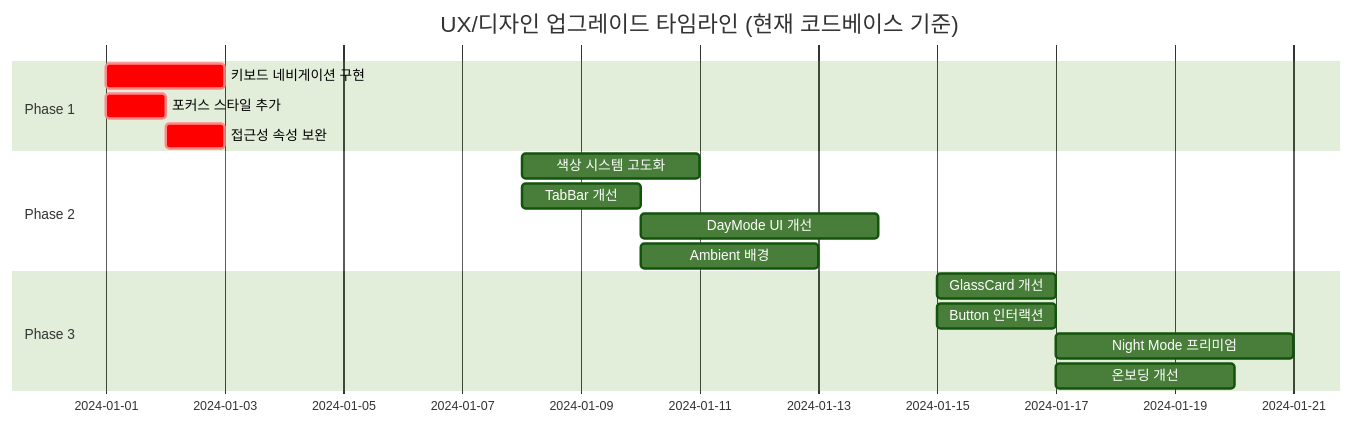
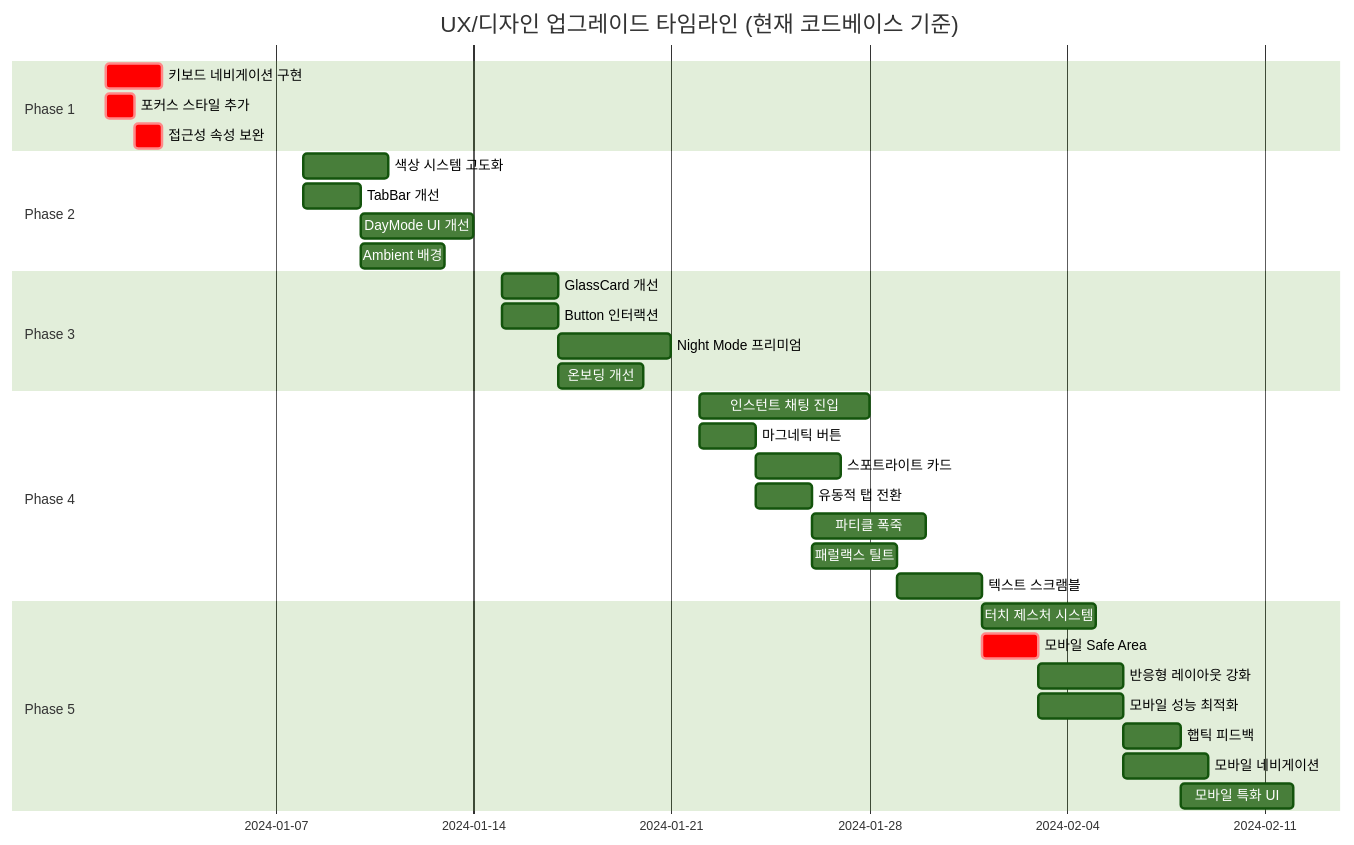
One commit to Siegfriex/0108mlog changed the diagram in docs/FRONTEND_UX_UPGRADE_PLAN.md. Above: the diagram before and after it, drawn with Mermaid (forest theme). The commit also changed other lines of this file and 103 other files, not shown here.

````diff
--- a/docs/FRONTEND_UX_UPGRADE_PLAN.md
+++ b/docs/FRONTEND_UX_UPGRADE_PLAN.md
@@ -1136,19 +2460,35 @@
 ```mermaid
 gantt
     title UX/디자인 업그레이드 타임라인 (현재 코드베이스 기준)
     dateFormat YYYY-MM-DD
     section Phase 1
     키보드 네비게이션 구현  :crit, 2024-01-01, 1.5d
     포커스 스타일 추가      :crit, 2024-01-01, 1d
     접근성 속성 보완        :crit, 2024-01-02, 1d
     section Phase 2
     색상 시스템 고도화       :2024-01-08, 3d
     TabBar 개선            :2024-01-08, 2d
     DayMode UI 개선        :2024-01-10, 4d
     Ambient 배경           :2024-01-10, 3d
     section Phase 3
     GlassCard 개선         :2024-01-15, 2d
     Button 인터랙션         :2024-01-15, 2d
     Night Mode 프리미엄    :2024-01-17, 4d
     온보딩 개선            :2024-01-17, 3d
+    section Phase 4
+    인스턴트 채팅 진입     :2024-01-22, 6d
+    마그네틱 버튼          :2024-01-22, 2d
+    스포트라이트 카드      :2024-01-24, 2.5d
+    유동적 탭 전환         :2024-01-24, 1.5d
+    파티클 폭죽            :2024-01-26, 4d
+    패럴랙스 틸트          :2024-01-26, 3d
+    텍스트 스크램블        :2024-01-29, 3d
+    section Phase 5
+    터치 제스처 시스템     :2024-02-01, 4d
+    모바일 Safe Area      :crit, 2024-02-01, 2d
+    반응형 레이아웃 강화   :2024-02-03, 3d
+    모바일 성능 최적화     :2024-02-03, 3d
+    햅틱 피드백           :2024-02-06, 2d
+    모바일 네비게이션      :2024-02-06, 3d
+    모바일 특화 UI        :2024-02-08, 4d
 ```
````
